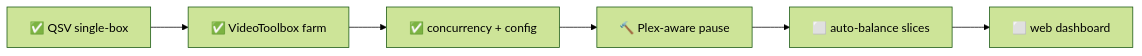
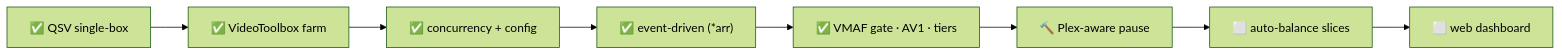
The fifth of 5 diagrams in README.md (shoemoney/mediaoptimizer), drawn with Mermaid (forest theme) before and after one commit. The commit also changed other lines of this file and 11 other files, not shown here.

````diff
--- a/README.md
+++ b/README.md
@@ -278,8 +315,10 @@
 ```mermaid
 flowchart LR
     A["✅ QSV single-box"] --> B["✅ VideoToolbox farm"]
     B --> C["✅ concurrency + config"]
-    C --> D["🔨 Plex-aware pause"]
+    C --> G["✅ event-driven (*arr)"]
+    G --> H["✅ VMAF gate · AV1 · tiers"]
+    H --> D["🔨 Plex-aware pause"]
     D --> E["⬜ auto-balance slices"]
     E --> F["⬜ web dashboard"]
 ```
````
